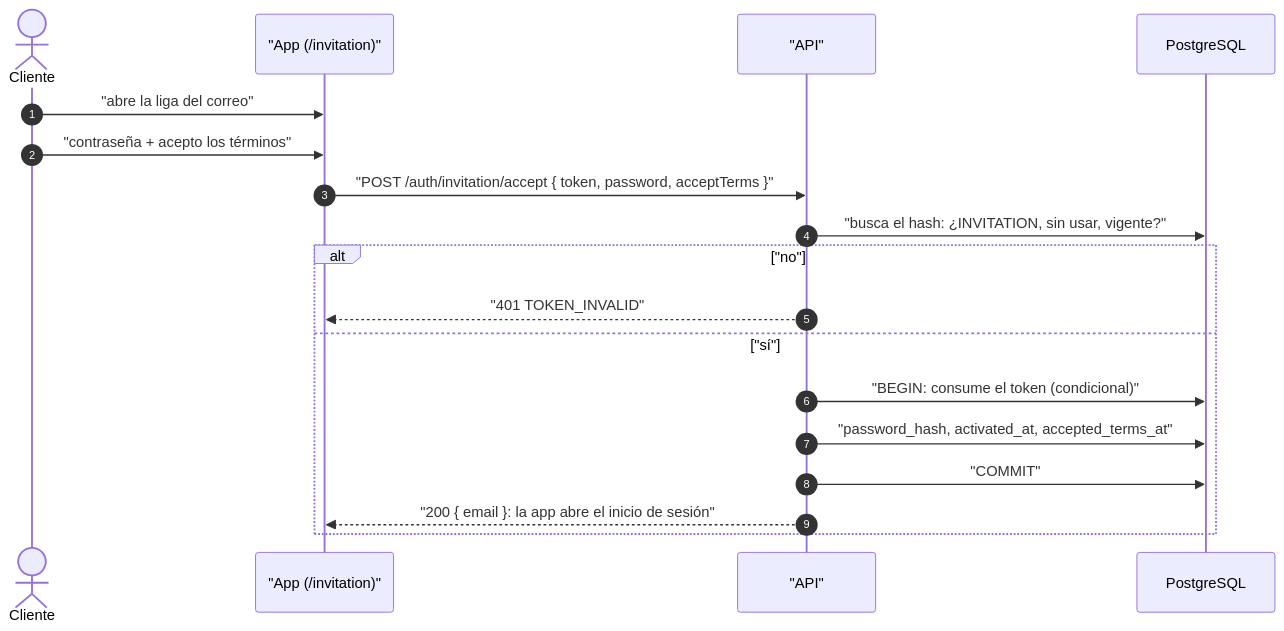
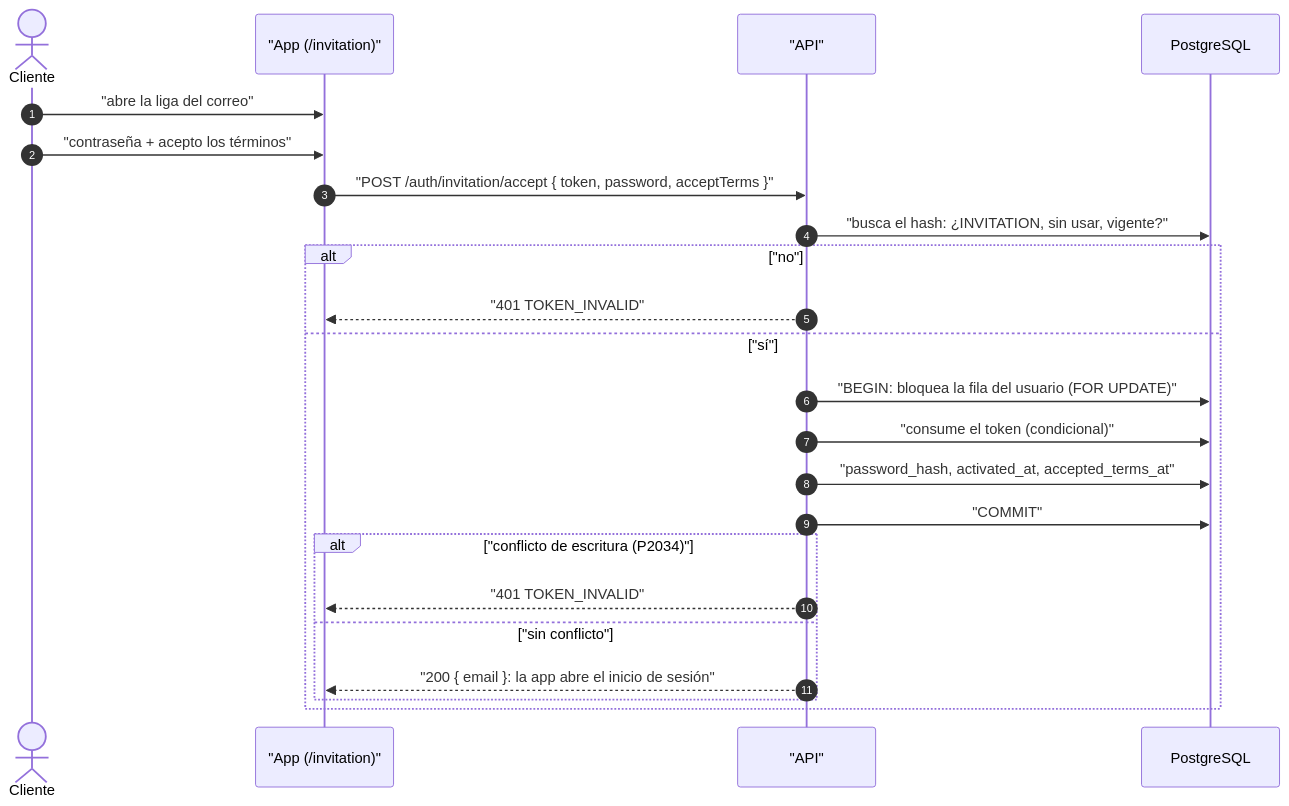
The third of 3 diagrams in docs/diagrams/counter-sale.md (erickgs2/ruta_mochilera), drawn with Mermaid before and after one commit. The commit also changed other lines of this file and 5 other files, not shown here.

````diff
--- a/docs/diagrams/counter-sale.md
+++ b/docs/diagrams/counter-sale.md
@@ -65,21 +65,26 @@
 ```mermaid
 sequenceDiagram
     autonumber
     actor Cl as Cliente
     participant App as "App (/invitation)"
     participant API as "API"
     participant DB as PostgreSQL
 
     Cl->>App: "abre la liga del correo"
     Cl->>App: "contraseña + acepto los términos"
     App->>API: "POST /auth/invitation/accept { token, password, acceptTerms }"
     API->>DB: "busca el hash: ¿INVITATION, sin usar, vigente?"
     alt "no"
         API-->>App: "401 TOKEN_INVALID"
     else "sí"
-        API->>DB: "BEGIN: consume el token (condicional)"
+        API->>DB: "BEGIN: bloquea la fila del usuario (FOR UPDATE)"
+        API->>DB: "consume el token (condicional)"
         API->>DB: "password_hash, activated_at, accepted_terms_at"
         API->>DB: "COMMIT"
-        API-->>App: "200 { email }: la app abre el inicio de sesión"
+        alt "conflicto de escritura (P2034)"
+            API-->>App: "401 TOKEN_INVALID"
+        else "sin conflicto"
+            API-->>App: "200 { email }: la app abre el inicio de sesión"
+        end
     end
 ```
````
